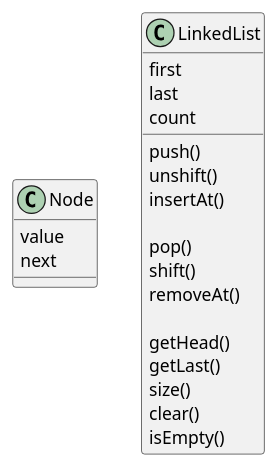
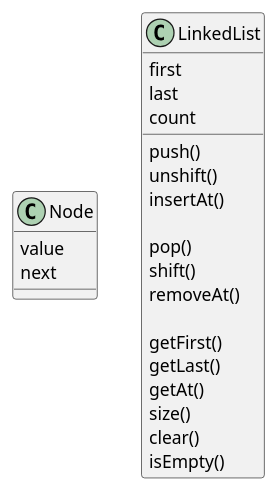
Before and after one commit to GenkiChiang/dsaa: the diagram in src/linked-list/LinkedList.puml, drawn with PlantUML. The commit also changed 3 other files, not shown here.

```diff
--- a/src/linked-list/LinkedList.puml
+++ b/src/linked-list/LinkedList.puml
@@ -1,28 +1,29 @@
 @startuml
 class Node {
     value
     next
 }
 class LinkedList {
     first
     last
     count
 
 
     push()
     unshift()
     insertAt()
 
     pop()
     shift()
     removeAt()
 
-    getHead()
+    getFirst()
     getLast()
+    getAt()
 
 
     size()
     clear()
     isEmpty()
 }
 @enduml
```
